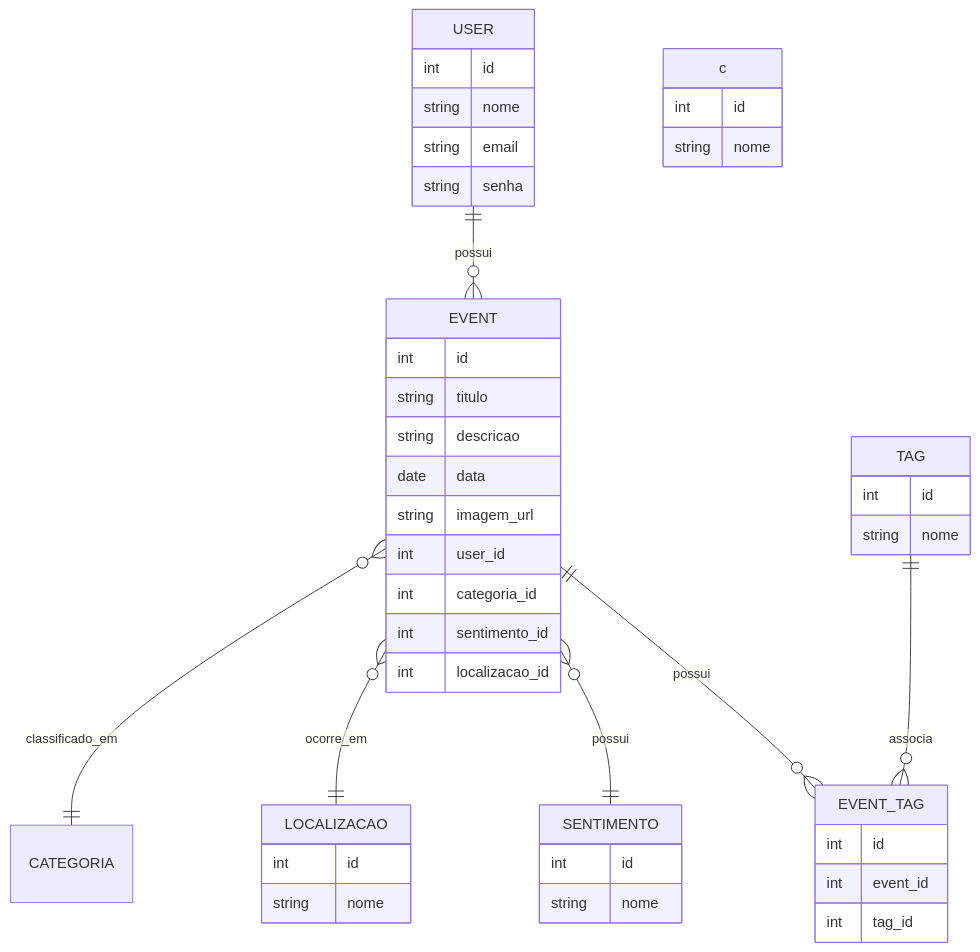
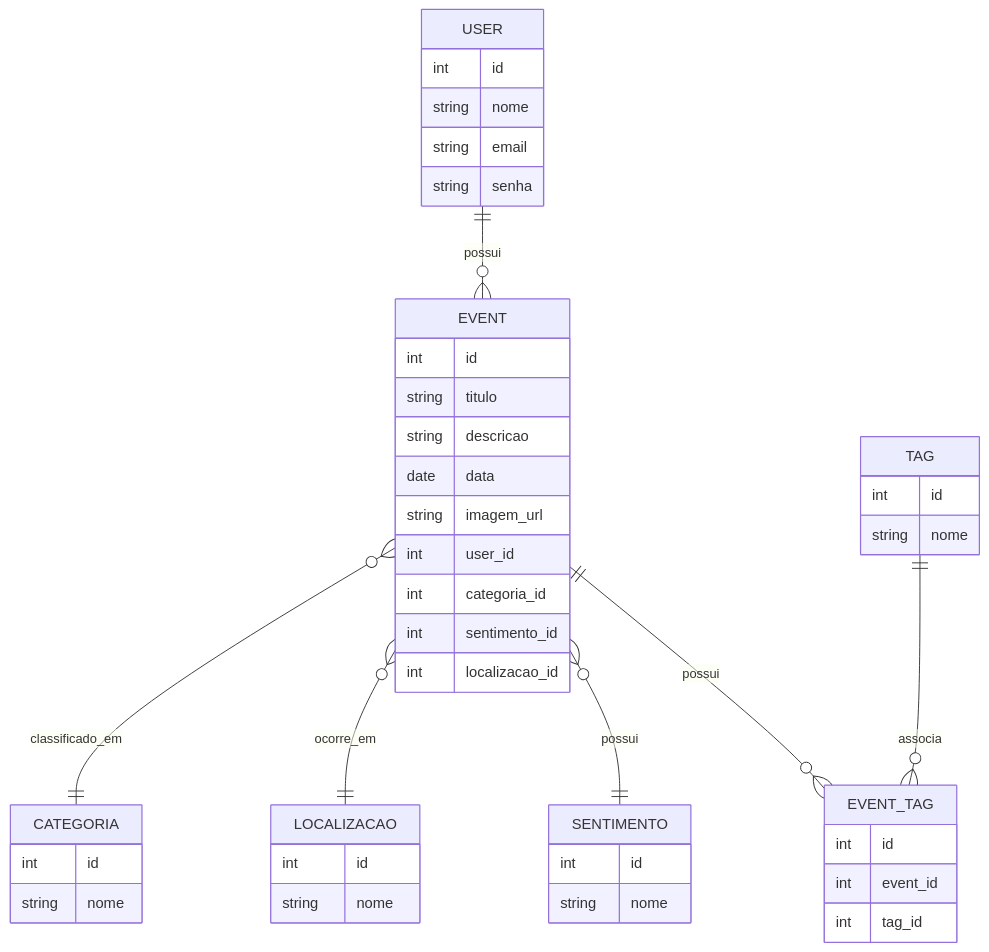
Before and after one commit to leonardocpadilha/life-track: the diagram in docs/spec.md, drawn with Mermaid.

Commit message:
Adicionando categoria no DER

````diff
--- a/docs/spec.md
+++ b/docs/spec.md
@@ -7,48 +7,48 @@
 ```mermaid
 erDiagram
     USER ||--o{ EVENT : "possui"
     EVENT ||--o{ EVENT_TAG : "possui"
     TAG ||--o{ EVENT_TAG : "associa"
     EVENT }o--|| SENTIMENTO : "possui"
     EVENT }o--|| LOCALIZACAO : "ocorre_em"
     EVENT }o--|| CATEGORIA : "classificado_em"
 
     USER {
         int id
         string nome
         string email
         string senha
     }
     EVENT {
         int id
         string titulo
         string descricao
         date data
         string imagem_url
         int user_id
         int categoria_id
         int sentimento_id
         int localizacao_id
     }
     TAG {
         int id
         string nome
     }
     SENTIMENTO {
         int id
         string nome
     }
     LOCALIZACAO {
         int id
         string nome
     }
-    c {
+    CATEGORIA {
         int id
         string nome
     }
     EVENT_TAG {
         int id
         int event_id
         int tag_id
     }
 ```
````
